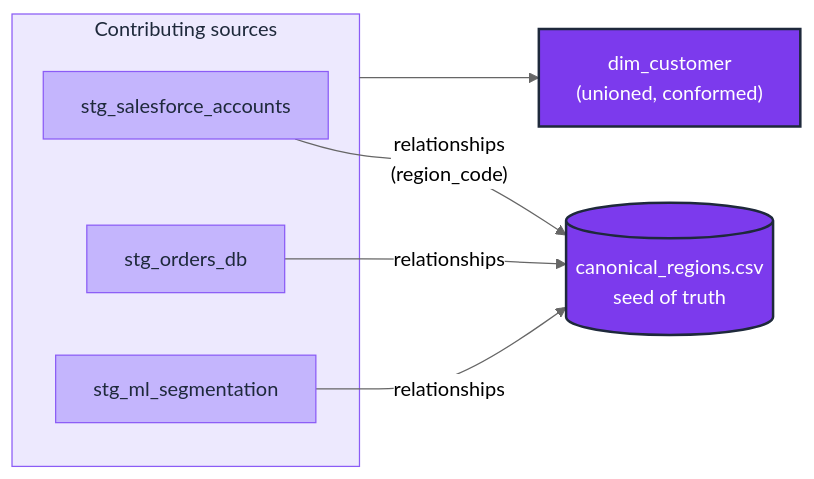
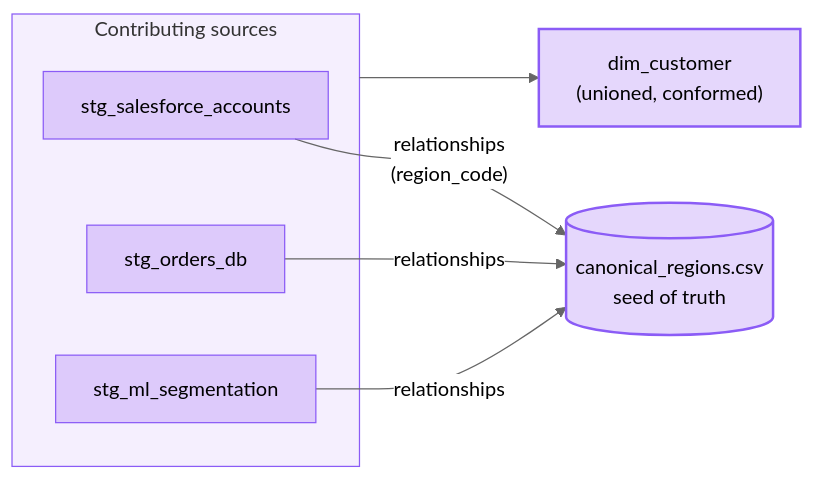
The diagram in docs/guides/testing_taxonomy/dimension/DM-03-conformed-dimension.md (neozenith/dbt-gcp-jaffleshop), drawn with Mermaid (neutral theme) before and after one commit. The commit also changed 36 other files, not shown here.

First line of the commit message:
docs(taxonomy): rework guide entry-point + WCAG-AAA dual-theme mermaid palette (#19)

````diff
--- a/docs/guides/testing_taxonomy/dimension/DM-03-conformed-dimension.md
+++ b/docs/guides/testing_taxonomy/dimension/DM-03-conformed-dimension.md
@@ -109,21 +109,21 @@
 ```mermaid
 flowchart LR
     seed[("canonical_regions.csv<br/>seed of truth")]:::dimPrimary
 
     subgraph sources["Contributing sources"]
         sf["stg_salesforce_accounts"]:::dimSecondary
         orders["stg_orders_db"]:::dimSecondary
         ml["stg_ml_segmentation"]:::dimSecondary
     end
 
     sf -- "relationships<br/>(region_code)" --> seed
     orders -- "relationships" --> seed
     ml -- "relationships" --> seed
 
     sources --> mart["dim_customer<br/>(unioned, conformed)"]:::dimPrimary
 
     class sources sgDim
-    classDef dimPrimary   fill:#7c3aed,stroke:#1e293b,color:#fff,stroke-width:2px
-    classDef dimSecondary fill:#c4b5fd,stroke:#8b5cf6,color:#1e293b,stroke-width:1px
-    classDef sgDim        fill:#ede9fe,stroke:#8b5cf6,color:#1e293b
+    classDef dimPrimary fill:#7c3aed33,stroke:#8b5cf6,stroke-width:2px
+    classDef dimSecondary fill:#7c3aed33,stroke:#8b5cf6,stroke-width:1px
+    classDef sgDim fill:#7c3aed14,stroke:#8b5cf6,stroke-width:1px
 ```
````
